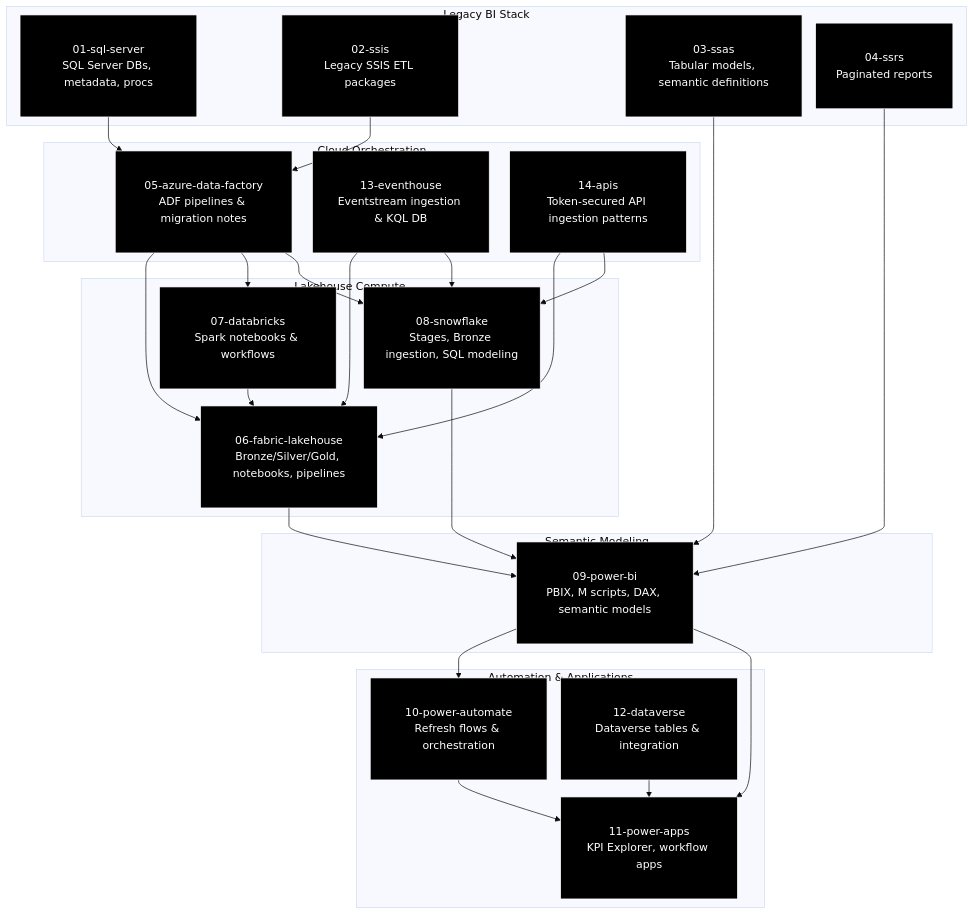
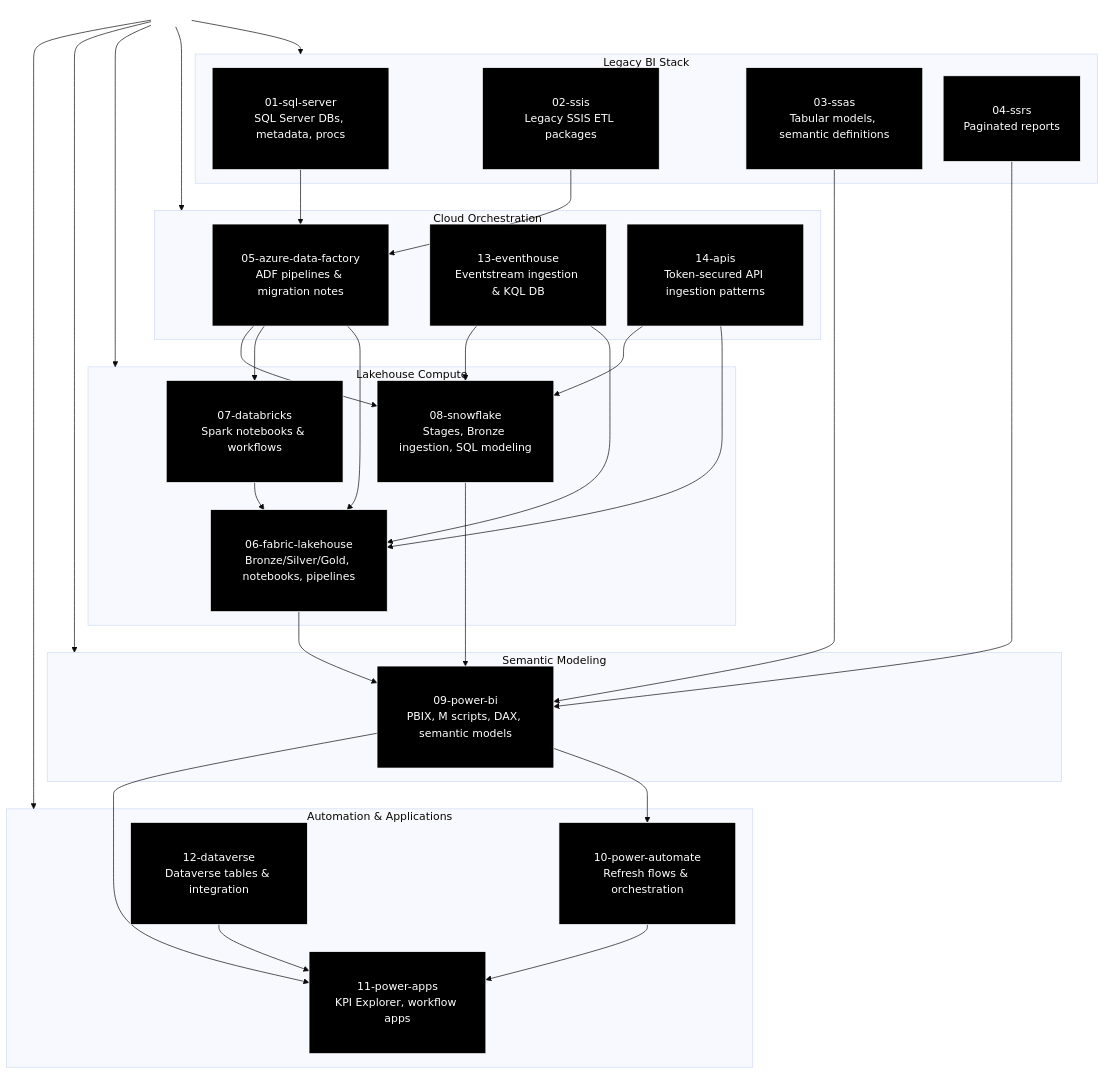
The diagram in docs/README.md (michaelraylloyd/gulf-to-bay-analytics-modernization), drawn with Mermaid (base theme) before and after one commit.

Commit message:
Expanded SQL Server modernization narrative; added GTB-aligned documentation and DBA toolkit headers

````diff
--- a/docs/README.md
+++ b/docs/README.md
@@ -573,11 +573,18 @@
 ```mermaid
-%%{init: {'flowchart': {'nodeSpacing': 20, 'rankSpacing': 25}}}%%
+%%{init: {'flowchart': {'nodeSpacing': 30, 'rankSpacing': 40}}}%%
 
 flowchart TB
 
 classDef dark fill:#000000,stroke:#ffffff,stroke-width:1px,color:#ffffff,padding:10px;
+classDef spacer fill:#0000,stroke:#0000,color:#0000;
 
+%% GLOBAL SPACER NODE
+TOP_PAD[" "]:::spacer
+
+%% ---------------------------------
 %% L1 — Legacy BI Stack
+%% ---------------------------------
+TOP_PAD --> L1
 subgraph L1[Legacy BI Stack]
     SQL[01-sql-server<br/>SQL Server DBs, metadata, procs]:::dark
     SSIS[02-ssis<br/>Legacy SSIS ETL packages]:::dark
@@ -585,33 +592,47 @@
     SSRS[04-ssrs<br/>Paginated reports]:::dark
 end
 
+%% ---------------------------------
 %% L2 — Cloud Orchestration
+%% ---------------------------------
+TOP_PAD --> L2
 subgraph L2[Cloud Orchestration]
     ADF[05-azure-data-factory<br/>ADF pipelines & migration notes]:::dark
     EVENT[13-eventhouse<br/>Eventstream ingestion & KQL DB]:::dark
     APIS[14-apis<br/>Token-secured API ingestion patterns]:::dark
 end
 
+%% ---------------------------------
 %% L3 — Lakehouse Compute
+%% ---------------------------------
+TOP_PAD --> L3
 subgraph L3[Lakehouse Compute]
     FAB[06-fabric-lakehouse<br/>Bronze/Silver/Gold, notebooks, pipelines]:::dark
     DBX[07-databricks<br/>Spark notebooks & workflows]:::dark
     SNOW[08-snowflake<br/>Stages, Bronze ingestion, SQL modeling]:::dark
 end
 
+%% ---------------------------------
 %% L4 — Semantic Modeling
+%% ---------------------------------
+TOP_PAD --> L4
 subgraph L4[Semantic Modeling]
     PBI[09-power-bi<br/>PBIX, M scripts, DAX, semantic models]:::dark
 end
 
+%% ---------------------------------
 %% L5 — Automation & Applications
+%% ---------------------------------
+TOP_PAD --> L5
 subgraph L5[Automation & Applications]
     PA[10-power-automate<br/>Refresh flows & orchestration]:::dark
     APPS[11-power-apps<br/>KPI Explorer, workflow apps]:::dark
     DV[12-dataverse<br/>Dataverse tables & integration]:::dark
 end
 
+%% ---------------------------------
 %% FLOWS
+%% ---------------------------------
 SQL --> ADF
 SSIS --> ADF
 SSAS --> PBI
````
